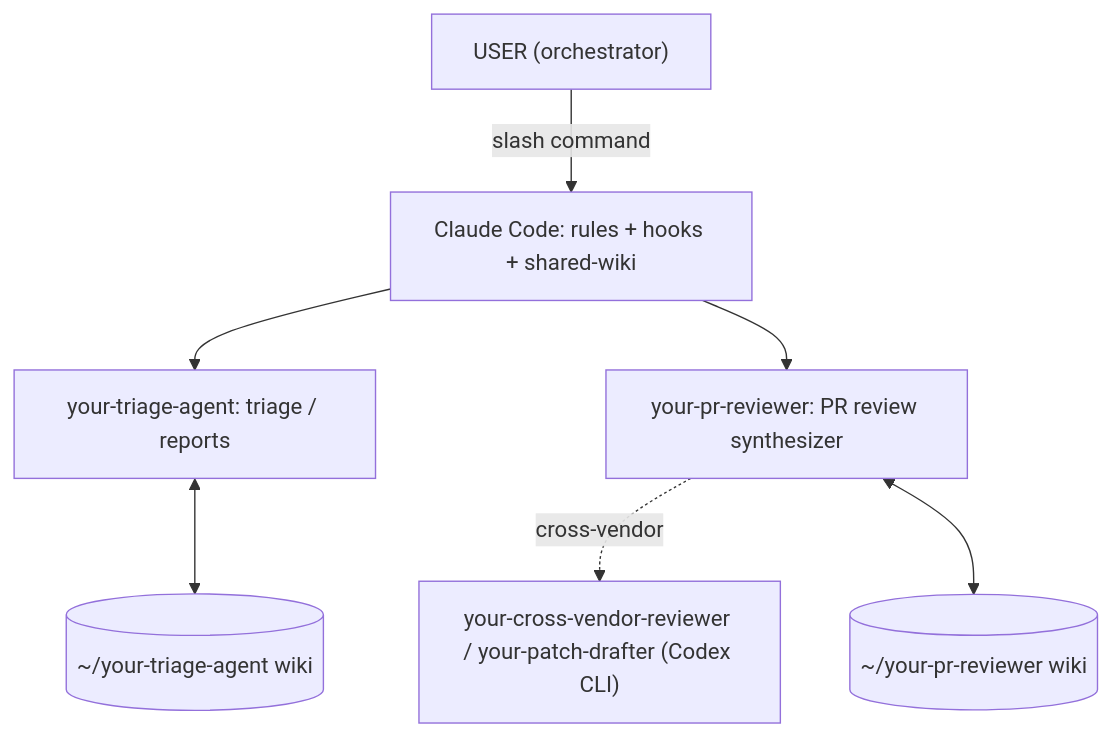
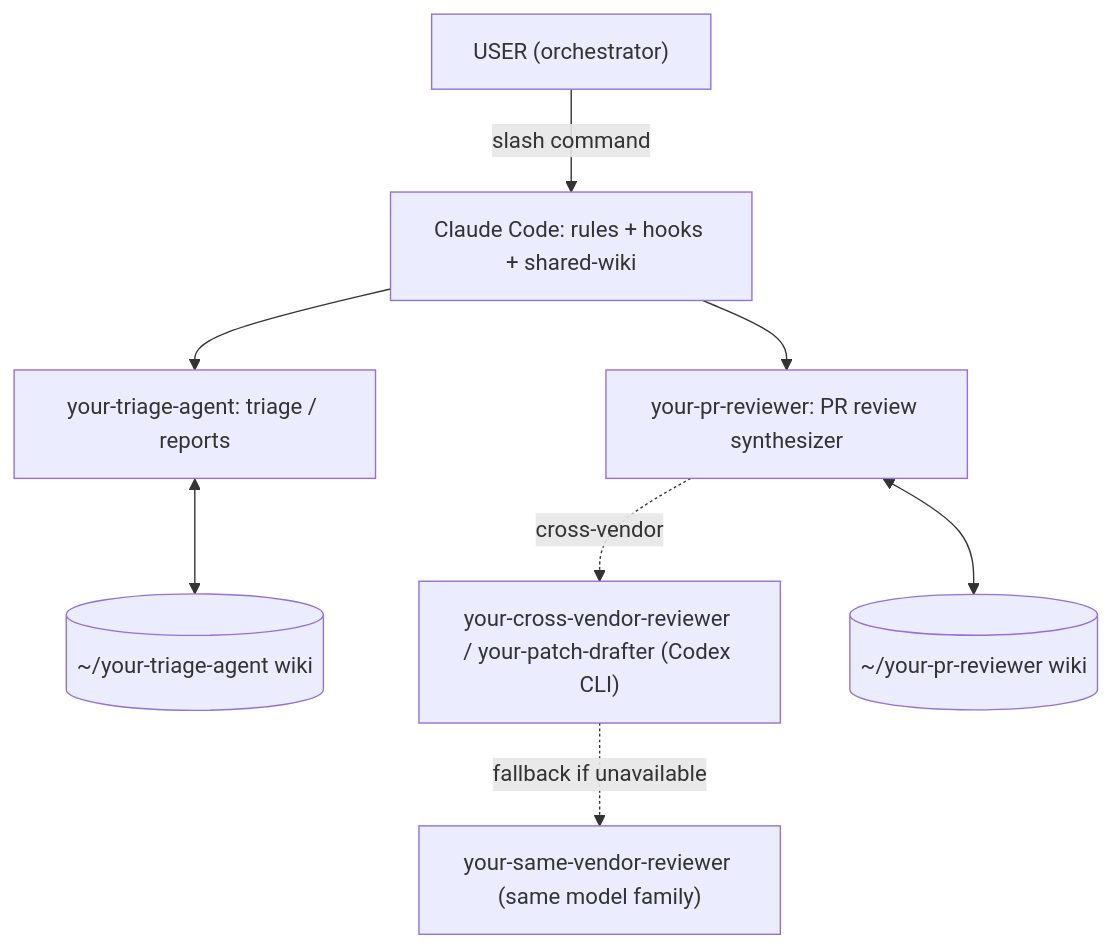
One commit to agent-rails/agentic-fabric changed the diagram in README.md. Above: the diagram before and after it, drawn with Mermaid. The commit also changed other lines of this file and 14 other files, not shown here.

First line of the commit message:
feat: same-vendor reviewer fallback + pre-write content scan + tool-call frequency mining (#9)

````diff
--- a/README.md
+++ b/README.md
@@ -24,11 +25,12 @@
 ```mermaid
 flowchart TD
     user["USER (orchestrator)"]
     harness["Claude Code: rules + hooks + shared-wiki"]
     user -->|slash command| harness
     harness --> your-triage-agent["your-triage-agent: triage / reports"]
     harness --> your-pr-reviewer["your-pr-reviewer: PR review synthesizer"]
     your-pr-reviewer -.cross-vendor.-> your-cross-vendor-reviewer["your-cross-vendor-reviewer / your-patch-drafter (Codex CLI)"]
+    your-cross-vendor-reviewer -.fallback if unavailable.-> your-same-vendor-reviewer["your-same-vendor-reviewer (same model family)"]
     your-triage-agent <--> vwiki[("~/your-triage-agent wiki")]
     your-pr-reviewer <--> swiki[("~/your-pr-reviewer wiki")]
 ```
````
